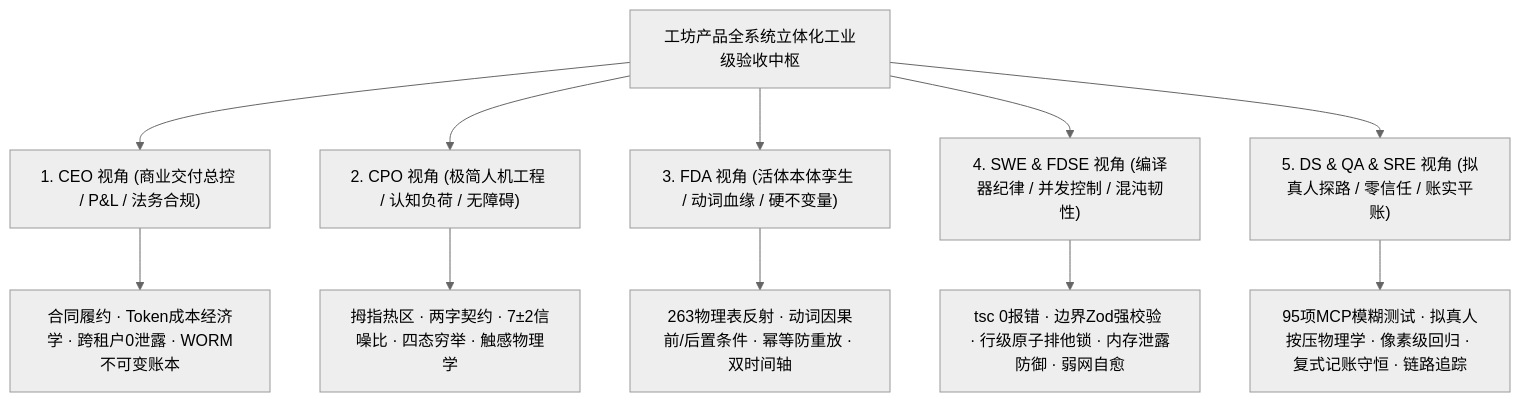
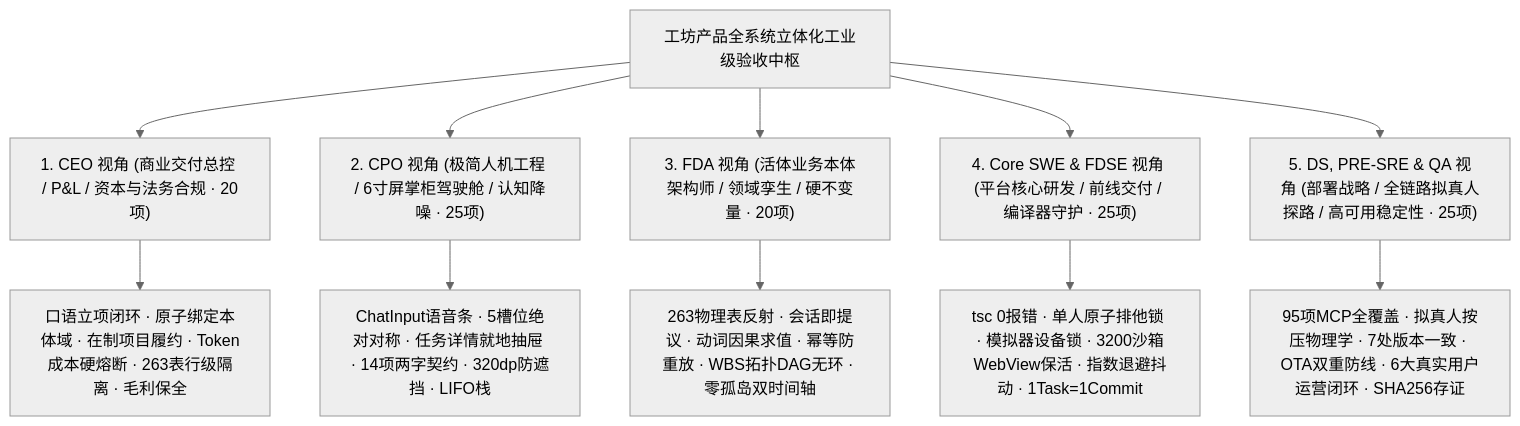
One commit to xaicd/coolie changed the first of 3 diagrams in docs/05_verification/WORKSHOP-FULL-SYSTEM-VERIFICATION-MATRIX.md. Above: the diagram before and after it, drawn with Mermaid (neutral theme). The commit also changed other lines of this file and 3 other files, not shown here.

````diff
--- a/docs/05_verification/WORKSHOP-FULL-SYSTEM-VERIFICATION-MATRIX.md
+++ b/docs/05_verification/WORKSHOP-FULL-SYSTEM-VERIFICATION-MATRIX.md
@@ -14,14 +15,14 @@
 ```mermaid
 graph TD
-    A["工坊产品全系统立体化工业级验收中枢"] --> B["1. CEO 视角 (商业交付总控 / P&L / 法务合规)"]
-    A --> C["2. CPO 视角 (极简人机工程 / 认知负荷 / 无障碍)"]
-    A --> D["3. FDA 视角 (活体本体孪生 / 动词血缘 / 硬不变量)"]
-    A --> E["4. SWE & FDSE 视角 (编译器纪律 / 并发控制 / 混沌韧性)"]
-    A --> F["5. DS & QA & SRE 视角 (拟真人探路 / 零信任 / 账实平账)"]
+    A["工坊产品全系统立体化工业级验收中枢"] --> B["1. CEO 视角 (商业交付总控 / P&L / 资本与法务合规 · 20项)"]
+    A --> C["2. CPO 视角 (极简人机工程 / 6寸屏掌柜驾驶舱 / 认知降噪 · 25项)"]
+    A --> D["3. FDA 视角 (活体业务本体架构师 / 领域孪生 / 硬不变量 · 20项)"]
+    A --> E["4. Core SWE & FDSE 视角 (平台核心研发 / 前线交付 / 编译器守护 · 25项)"]
+    A --> F["5. DS, PRE-SRE & QA 视角 (部署战略 / 全链路拟真人探路 / 高可用稳定性 · 25项)"]
 
-    B --> B1["合同履约 · Token成本经济学 · 跨租户0泄露 · WORM不可变账本"]
-    C --> C1["拇指热区 · 两字契约 · 7±2信噪比 · 四态穷举 · 触感物理学"]
-    D --> D1["263物理表反射 · 动词因果前/后置条件 · 幂等防重放 · 双时间轴"]
-    E --> E1["tsc 0报错 · 边界Zod强校验 · 行级原子排他锁 · 内存泄露防御 · 弱网自愈"]
-    F --> F1["95项MCP模糊测试 · 拟真人按压物理学 · 像素级回归 · 复式记账守恒 · 链路追踪"]
+    B --> B1["口语立项闭环 · 原子绑定本体域 · 在制项目履约 · Token成本硬熔断 · 263表行级隔离 · 毛利保全"]
+    C --> C1["ChatInput语音条 · 5槽位绝对对称 · 任务详情就地抽屉 · 14项两字契约 · 320dp防遮挡 · LIFO栈"]
+    D --> D1["263物理表反射 · 会话即提议 · 动词因果求值 · 幂等防重放 · WBS拓扑DAG无环 · 零孤岛双时间轴"]
+    E --> E1["tsc 0报错 · 单人原子排他锁 · 模拟器设备锁 · 3200沙箱WebView保活 · 指数退避抖动 · 1Task=1Commit"]
+    F --> F1["95项MCP全覆盖 · 拟真人按压物理学 · 7处版本一致 · OTA双重防线 · 6大真实用户运营闭环 · SHA256存证"]
 ```
````
